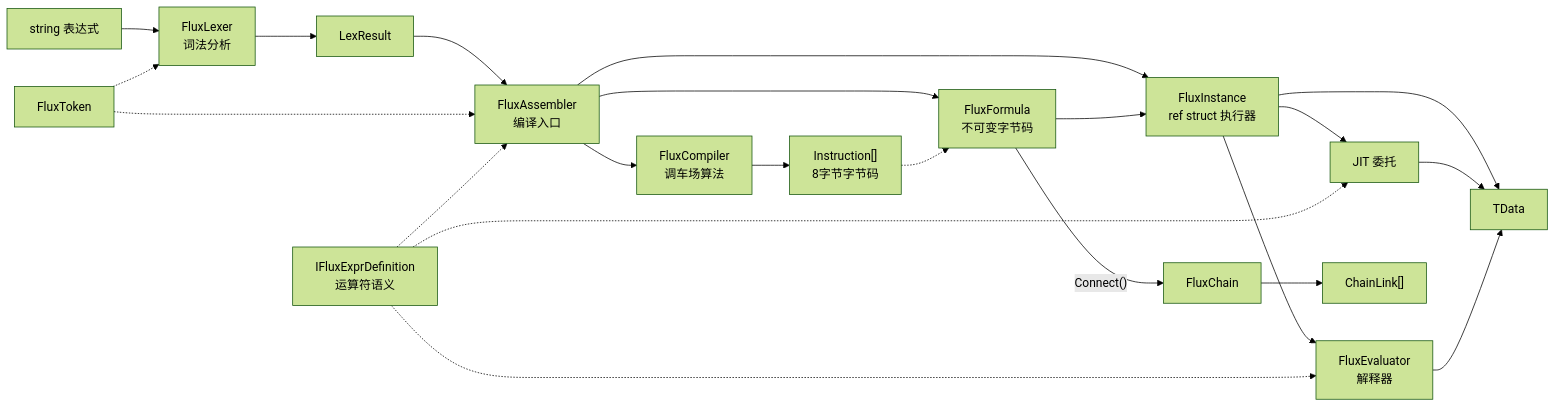
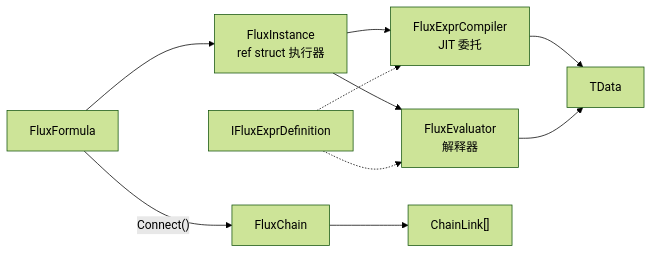
The third of 7 diagrams in docs/api/overview.md (twds0x13/FluxFormula), drawn with Mermaid (forest theme) before and after one commit. The commit also changed other lines of this file and 10 other files, not shown here.

First line of the commit message:
docs: add blob API reference (BlobFormat, BlobEntry, IFluxBlobRegistry, FluxBlob)

````diff
--- a/docs/api/overview.md
+++ b/docs/api/overview.md
@@ -5,28 +26,12 @@
 ```mermaid
 graph LR
-    Source["string 表达式"] --> Lexer["FluxLexer<br/>词法分析"]
-    Token["FluxToken"] -.-> Lexer
-    Lexer --> LR["LexResult"]
-    LR --> Assembler["FluxAssembler<br/>编译入口"]
-    Token -.-> Assembler
-    Assembler --> Formula["FluxFormula<br/>不可变字节码"]
-    Assembler --> Instance["FluxInstance<br/>ref struct 执行器"]
-    Formula --> Instance
-    Instance --> Result["TData"]
-
-    Assembler --> Compiler["FluxCompiler<br/>调车场算法"]
-    Compiler --> Instr["Instruction[]<br/>8字节字节码"]
-    Instr -.-> Formula
-
-    Instance --> JIT["JIT 委托"]
+    Formula["FluxFormula"] --> Instance["FluxInstance<br/>ref struct 执行器"]
+    Instance --> JIT["FluxExprCompiler<br/>JIT 委托"]
     Instance --> Interp["FluxEvaluator<br/>解释器"]
-    JIT --> Result
+    JIT --> Result["TData"]
     Interp --> Result
-
-    Def["IFluxExprDefinition<br/>运算符语义"] -.-> Assembler
+    Def["IFluxExprDefinition"] -.-> JIT
     Def -.-> Interp
-    Def -.-> JIT
-
-    Formula -->|"Connect()"| ChainNode["FluxChain"]
-    ChainNode --> Chain["ChainLink[]"]
+    Formula -->|"Connect()"| Chain["FluxChain"]
+    Chain --> ChainLink["ChainLink[]"]
 ```
````
